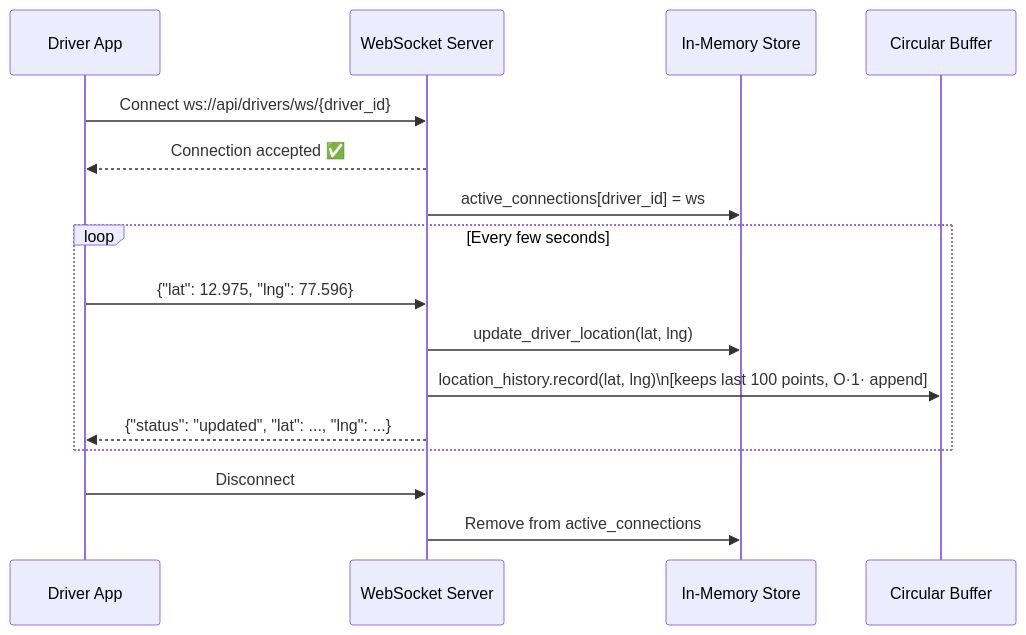
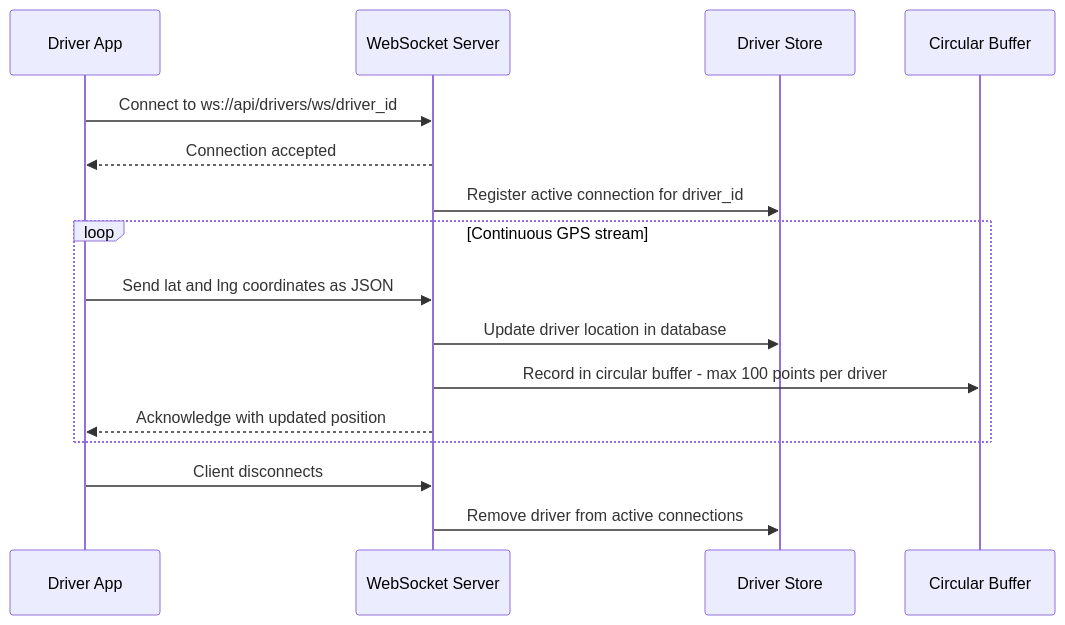
Before and after one commit to RAJ-ARYAN-NITK/martensite: the ninth of 10 diagrams in README.md, drawn with Mermaid. The commit also changed other lines of this file, not shown here.

````diff
--- a/README.md
+++ b/README.md
@@ -365,21 +335,21 @@
 ```mermaid
 sequenceDiagram
     participant D as Driver App
     participant WS as WebSocket Server
-    participant MEM as In-Memory Store
+    participant MEM as Driver Store
     participant BUF as Circular Buffer
 
-    D->>WS: Connect ws://api/drivers/ws/{driver_id}
-    WS-->>D: Connection accepted ✅
-    WS->>MEM: active_connections[driver_id] = ws
+    D->>WS: Connect to ws://api/drivers/ws/driver_id
+    WS-->>D: Connection accepted
+    WS->>MEM: Register active connection for driver_id
 
-    loop Every few seconds
-        D->>WS: {"lat": 12.975, "lng": 77.596}
-        WS->>MEM: update_driver_location(lat, lng)
-        WS->>BUF: location_history.record(lat, lng)\n[keeps last 100 points, O·1· append]
-        WS-->>D: {"status": "updated", "lat": ..., "lng": ...}
+    loop Continuous GPS stream
+        D->>WS: Send lat and lng coordinates as JSON
+        WS->>MEM: Update driver location in database
+        WS->>BUF: Record in circular buffer - max 100 points per driver
+        WS-->>D: Acknowledge with updated position
     end
 
-    D->>WS: Disconnect
-    WS->>MEM: Remove from active_connections
+    D->>WS: Client disconnects
+    WS->>MEM: Remove driver from active connections
 ```
````
